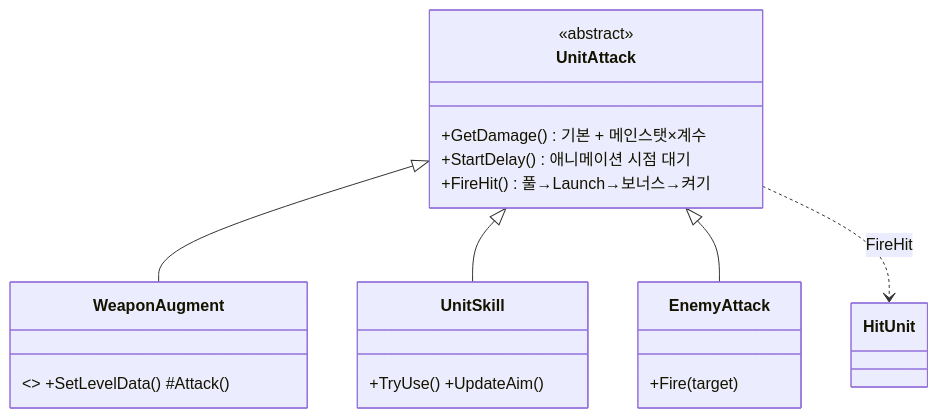
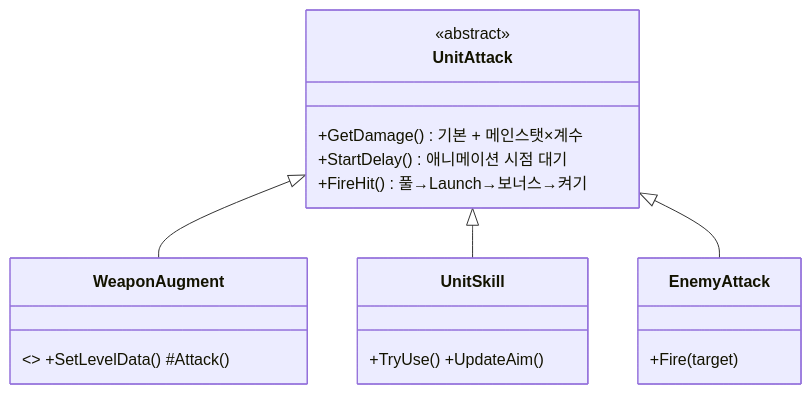
One commit to NaJungWon/portfolio changed the sixth of 14 diagrams in src/06-project3d/기술문서.md. Above: the diagram before and after it, drawn with Mermaid. The commit also changed other lines of this file, not shown here.

````diff
--- a/src/06-project3d/기술문서.md
+++ b/src/06-project3d/기술문서.md
@@ -451,16 +370,15 @@
 ```mermaid
 classDiagram
     class UnitAttack {
         <<abstract>>
         +GetDamage() 기본 + 메인스탯×계수
         +StartDelay() 애니메이션 시점 대기
         +FireHit() 풀→Launch→보너스→켜기
     }
     class WeaponAugment { <<abstract>> +SetLevelData() #Attack() }
     class UnitSkill { +TryUse() +UpdateAim() }
     class EnemyAttack { +Fire(target) }
     UnitAttack <|-- WeaponAugment
     UnitAttack <|-- UnitSkill
     UnitAttack <|-- EnemyAttack
-    UnitAttack ..> HitUnit : FireHit
 ```
````
